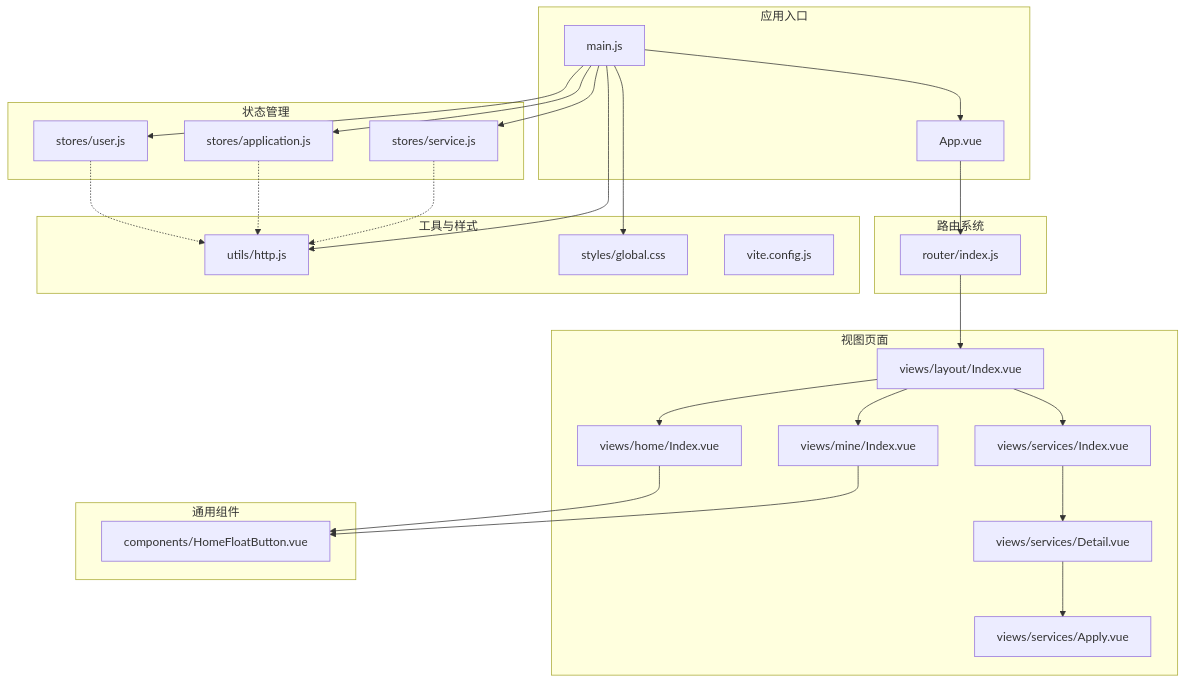
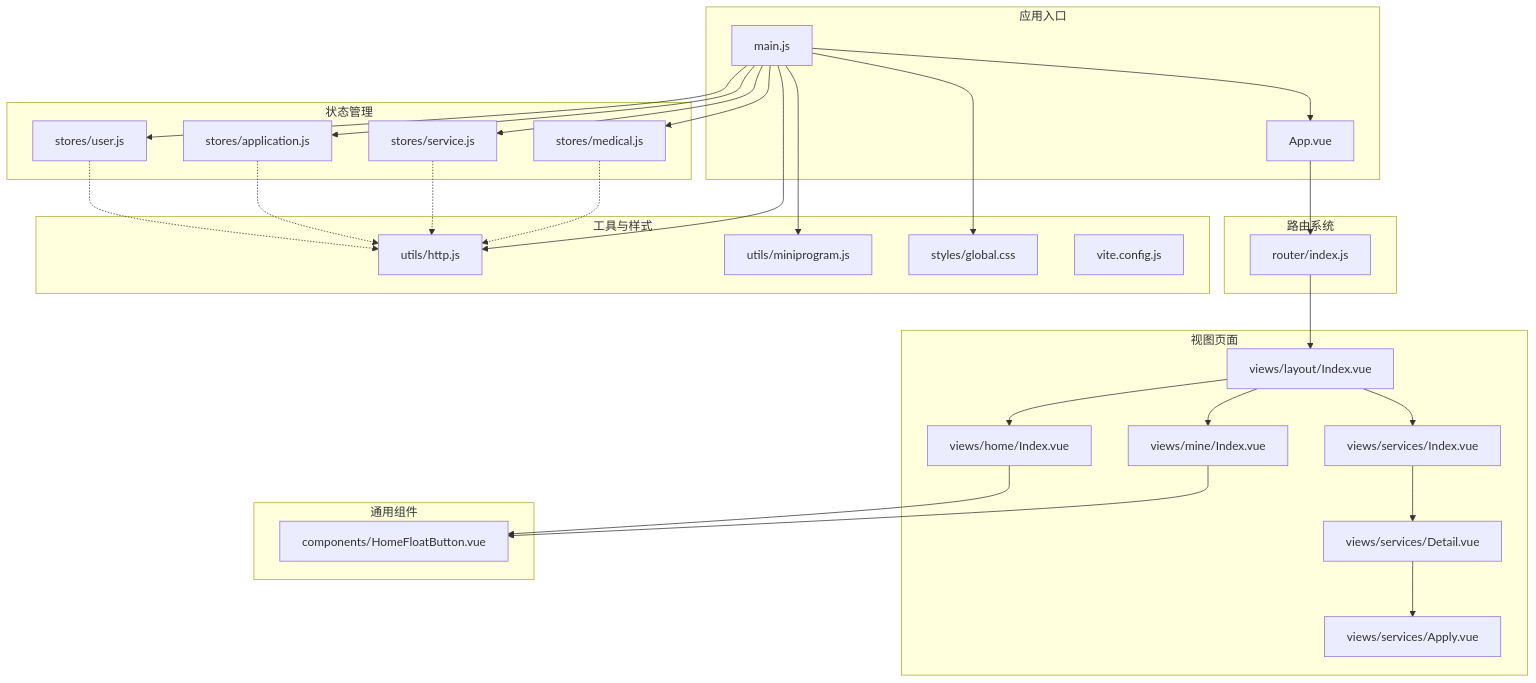
One commit to Giraffe-Han/microAPP changed the first of 6 diagrams in .qoder/repowiki/zh/content/前端应用架构/前端应用架构.md. Above: the diagram before and after it, drawn with Mermaid. The commit also changed other lines of this file and 8 other files, not shown here.

Commit message:
update: 医疗配送图标改为红底白十字，金刚区医疗配送与服务评价位置互换

````diff
--- a/.qoder/repowiki/zh/content/前端应用架构/前端应用架构.md
+++ b/.qoder/repowiki/zh/content/前端应用架构/前端应用架构.md
@@ -51,49 +63,54 @@
 ```mermaid
 graph TB
 subgraph "应用入口"
 M["main.js"]
 A["App.vue"]
 end
 subgraph "路由系统"
 R["router/index.js"]
 end
 subgraph "状态管理"
 U["stores/user.js"]
 AP["stores/application.js"]
 S["stores/service.js"]
+MD["stores/medical.js"]
 end
 subgraph "视图页面"
 L["views/layout/Index.vue"]
 H["views/home/Index.vue"]
 SI["views/services/Index.vue"]
 SD["views/services/Detail.vue"]
 SA["views/services/Apply.vue"]
 MI["views/mine/Index.vue"]
 end
 subgraph "通用组件"
 F["components/HomeFloatButton.vue"]
 end
 subgraph "工具与样式"
 Htt["utils/http.js"]
+MP["utils/miniprogram.js"]
 G["styles/global.css"]
 V["vite.config.js"]
 end
 M --> A
 A --> R
 R --> L
 L --> H
 L --> SI
 L --> MI
 SI --> SD
 SD --> SA
 H --> F
 MI --> F
 U -.-> Htt
 AP -.-> Htt
 S -.-> Htt
+MD -.-> Htt
 M --> U
 M --> AP
 M --> S
+M --> MD
 M --> G
 M --> Htt
+M --> MP
 ```
````
